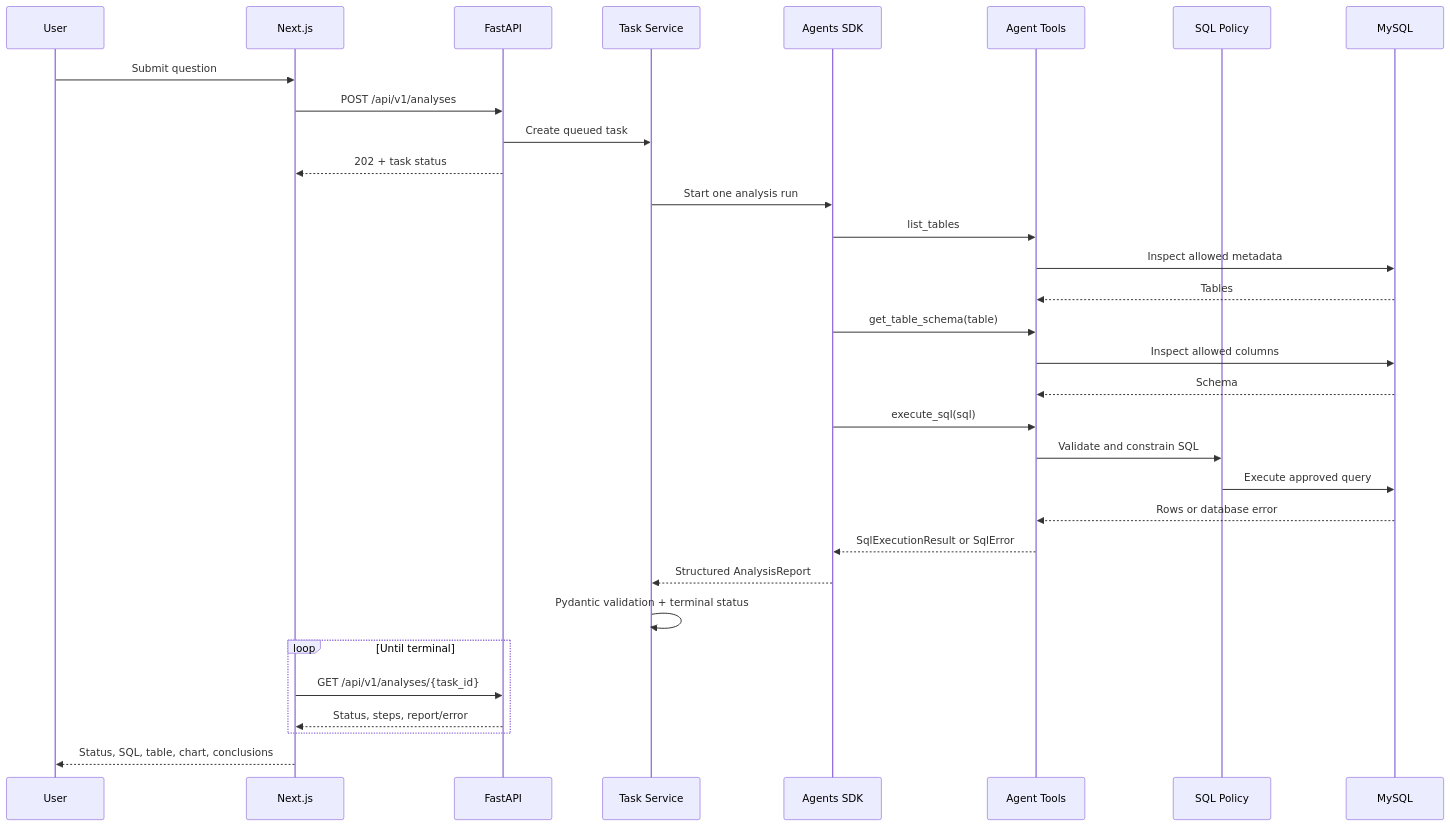
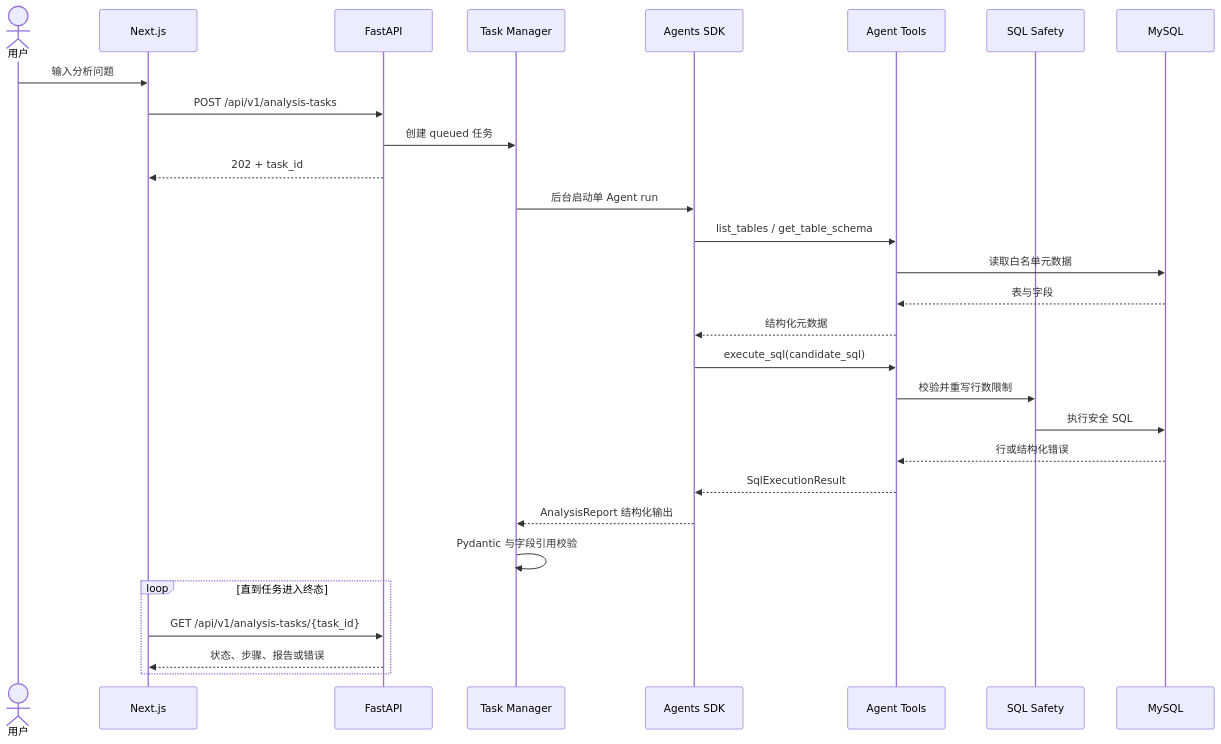
Before and after one commit to fanyafan93/agentic-genbi: the second of 3 diagrams in docs/architecture/overview.md, drawn with Mermaid. The commit also changed other lines of this file and 9 other files, not shown here.

Commit message:
docs: define agentic analytics MVP architecture

````diff
--- a/docs/architecture/overview.md
+++ b/docs/architecture/overview.md
@@ -106,35 +102,32 @@
 ```mermaid
 sequenceDiagram
-    participant User
+    actor User as 用户
     participant Web as Next.js
     participant API as FastAPI
-    participant Task as Task Service
+    participant Task as Task Manager
     participant Agent as Agents SDK
     participant Tools as Agent Tools
-    participant Policy as SQL Policy
+    participant Safety as SQL Safety
     participant DB as MySQL
 
-    User->>Web: Submit question
-    Web->>API: POST /api/v1/analyses
-    API->>Task: Create queued task
-    API-->>Web: 202 + task status
-    Task->>Agent: Start one analysis run
-    Agent->>Tools: list_tables
-    Tools->>DB: Inspect allowed metadata
-    DB-->>Tools: Tables
-    Agent->>Tools: get_table_schema(table)
-    Tools->>DB: Inspect allowed columns
-    DB-->>Tools: Schema
-    Agent->>Tools: execute_sql(sql)
-    Tools->>Policy: Validate and constrain SQL
-    Policy->>DB: Execute approved query
-    DB-->>Tools: Rows or database error
-    Tools-->>Agent: SqlExecutionResult or SqlError
-    Agent-->>Task: Structured AnalysisReport
-    Task->>Task: Pydantic validation + terminal status
-    loop Until terminal
-        Web->>API: GET /api/v1/analyses/{task_id}
-        API-->>Web: Status, steps, report/error
+    User->>Web: 输入分析问题
+    Web->>API: POST /api/v1/analysis-tasks
+    API->>Task: 创建 queued 任务
+    API-->>Web: 202 + task_id
+    Task->>Agent: 后台启动单 Agent run
+    Agent->>Tools: list_tables / get_table_schema
+    Tools->>DB: 读取白名单元数据
+    DB-->>Tools: 表与字段
+    Tools-->>Agent: 结构化元数据
+    Agent->>Tools: execute_sql(candidate_sql)
+    Tools->>Safety: 校验并重写行数限制
+    Safety->>DB: 执行安全 SQL
+    DB-->>Tools: 行或结构化错误
+    Tools-->>Agent: SqlExecutionResult
+    Agent-->>Task: AnalysisReport 结构化输出
+    Task->>Task: Pydantic 与字段引用校验
+    loop 直到任务进入终态
+        Web->>API: GET /api/v1/analysis-tasks/{task_id}
+        API-->>Web: 状态、步骤、报告或错误
     end
-    Web-->>User: Status, SQL, table, chart, conclusions
 ```
````
